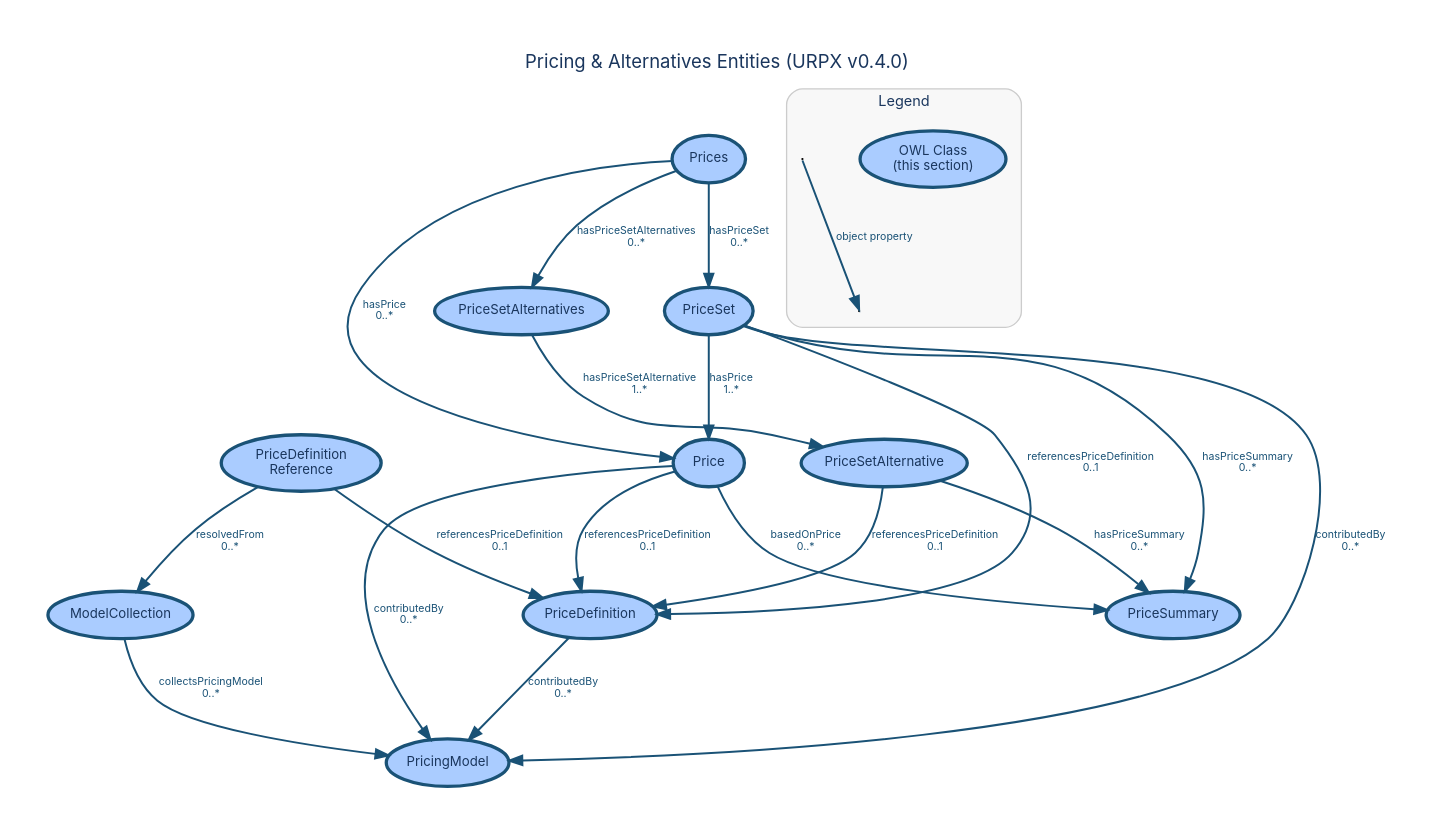
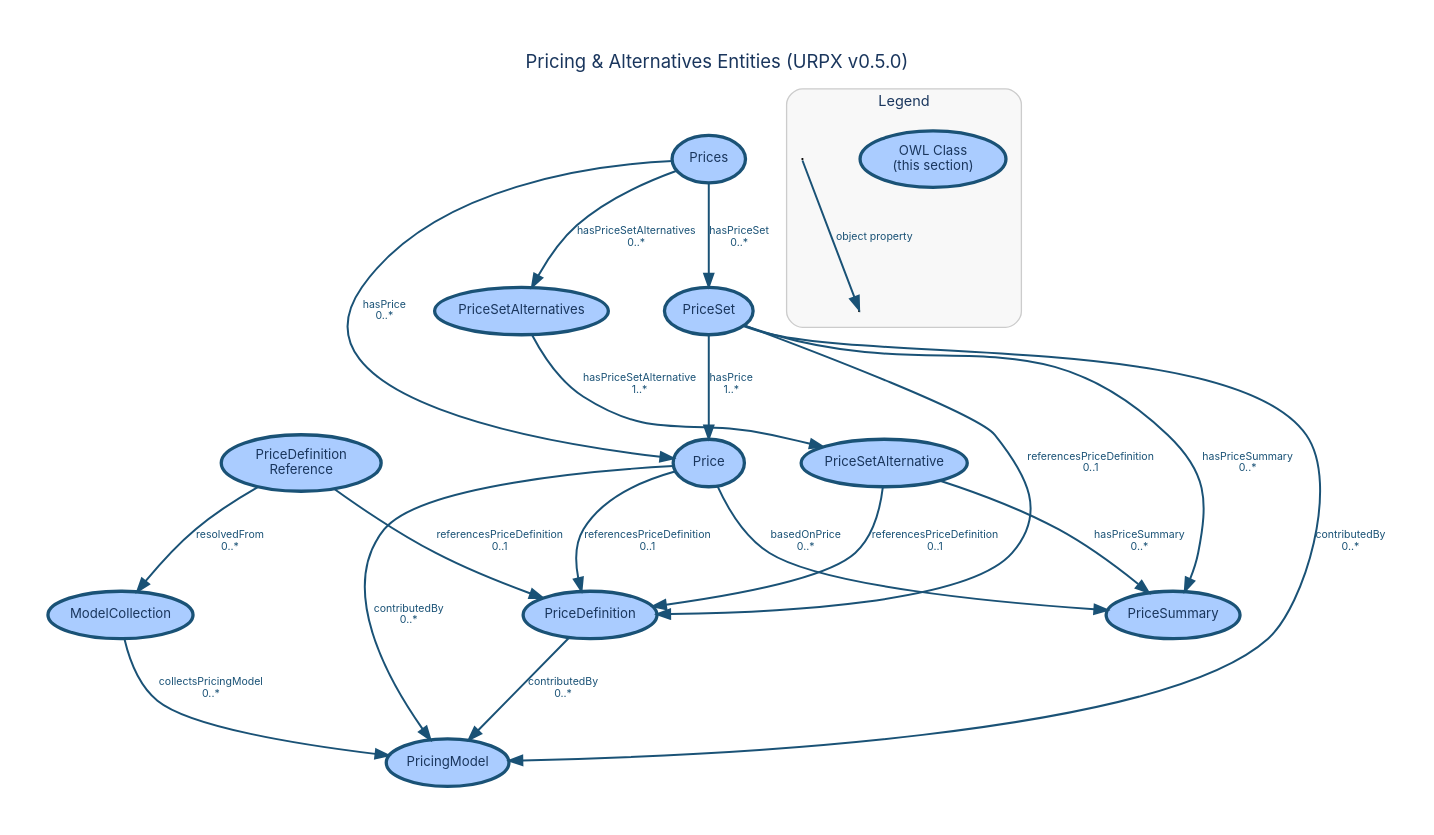
Before and after one commit to urpx-org/urpx: the diagram in documentation/diagrams/dictionary/pricing-alternatives-entities.dot, drawn with Graphviz. The commit also changed 28 other files, not shown here.

```diff
--- a/documentation/diagrams/dictionary/pricing-alternatives-entities.dot
+++ b/documentation/diagrams/dictionary/pricing-alternatives-entities.dot
@@ -1,131 +1,131 @@
 digraph "Pricing & Alternatives Entities" {
     rankdir=TB;
     bgcolor="white";
     pad=0.4;
     nodesep=0.6;
     ranksep=0.8;
     fontname="Inter, Helvetica, Arial, sans-serif";
-    label="Pricing & Alternatives Entities (URPX v0.4.0)";
+    label="Pricing & Alternatives Entities (URPX v0.5.0)";
     labelloc="t";
     fontsize=14;
     fontcolor="#1a365d";
     node [fontname="Inter, Helvetica, Arial, sans-serif", fontsize=10, style=filled, fontcolor="#1a365d"];
     edge [fontname="Inter, Helvetica, Arial, sans-serif", fontsize=8, fontcolor="#1a365d"];
 
     // Section classes
     PricingModel [
         label="PricingModel"
         shape=ellipse, fillcolor="#aaccff", color="#1a5276", penwidth=2.5
     ];
     ModelCollection [
         label="ModelCollection"
         shape=ellipse, fillcolor="#aaccff", color="#1a5276", penwidth=2.5
     ];
     Prices [
         label="Prices"
         shape=ellipse, fillcolor="#aaccff", color="#1a5276", penwidth=2.5
     ];
     PriceSet [
         label="PriceSet"
         shape=ellipse, fillcolor="#aaccff", color="#1a5276", penwidth=2.5
     ];
     PriceSetAlternative [
         label="PriceSetAlternative"
         shape=ellipse, fillcolor="#aaccff", color="#1a5276", penwidth=2.5
     ];
     PriceSetAlternatives [
         label="PriceSetAlternatives"
         shape=ellipse, fillcolor="#aaccff", color="#1a5276", penwidth=2.5
     ];
     Price [
         label="Price"
         shape=ellipse, fillcolor="#aaccff", color="#1a5276", penwidth=2.5
     ];
     PriceDefinition [
         label="PriceDefinition"
         shape=ellipse, fillcolor="#aaccff", color="#1a5276", penwidth=2.5
     ];
     PriceDefinitionReference [
         label="PriceDefinition\nReference"
         shape=ellipse, fillcolor="#aaccff", color="#1a5276", penwidth=2.5
     ];
     PriceSummary [
         label="PriceSummary"
         shape=ellipse, fillcolor="#aaccff", color="#1a5276", penwidth=2.5
     ];
 
     // Object property edges
     ModelCollection -> PricingModel [
         label="collectsPricingModel\n0..*", color="#1a5276", fontcolor="#1a5276", penwidth=1.5
     ];
     Prices -> Price [
         label="hasPrice\n0..*", color="#1a5276", fontcolor="#1a5276", penwidth=1.5
     ];
     Prices -> PriceSet [
         label="hasPriceSet\n0..*", color="#1a5276", fontcolor="#1a5276", penwidth=1.5, weight=10
     ];
     Prices -> PriceSetAlternatives [
         label="hasPriceSetAlternatives\n0..*", color="#1a5276", fontcolor="#1a5276", penwidth=1.5, weight=8
     ];
     PriceSet -> PricingModel [
         label="contributedBy\n0..*", color="#1a5276", fontcolor="#1a5276", penwidth=1.5
     ];
     PriceSet -> Price [
         label="hasPrice\n1..*", color="#1a5276", fontcolor="#1a5276", penwidth=1.5, weight=8
     ];
     PriceSet -> PriceSummary [
         label="hasPriceSummary\n0..*", color="#1a5276", fontcolor="#1a5276", penwidth=1.5
     ];
     PriceSet -> PriceDefinition [
         label="referencesPriceDefinition\n0..1", color="#1a5276", fontcolor="#1a5276", penwidth=1.5
     ];
     PriceSetAlternative -> PriceSummary [
         label="hasPriceSummary\n0..*", color="#1a5276", fontcolor="#1a5276", penwidth=1.5
     ];
     PriceSetAlternative -> PriceDefinition [
         label="referencesPriceDefinition\n0..1", color="#1a5276", fontcolor="#1a5276", penwidth=1.5
     ];
     PriceSetAlternatives -> PriceSetAlternative [
         label="hasPriceSetAlternative\n1..*", color="#1a5276", fontcolor="#1a5276", penwidth=1.5
     ];
     Price -> PriceSummary [
         label="basedOnPrice\n0..*", color="#1a5276", fontcolor="#1a5276", penwidth=1.5
     ];
     Price -> PricingModel [
         label="contributedBy\n0..*", color="#1a5276", fontcolor="#1a5276", penwidth=1.5
     ];
     Price -> PriceDefinition [
         label="referencesPriceDefinition\n0..1", color="#1a5276", fontcolor="#1a5276", penwidth=1.5
     ];
     PriceDefinition -> PricingModel [
         label="contributedBy\n0..*", color="#1a5276", fontcolor="#1a5276", penwidth=1.5
     ];
     PriceDefinitionReference -> PriceDefinition [
         label="referencesPriceDefinition\n0..1", color="#1a5276", fontcolor="#1a5276", penwidth=1.5
     ];
     PriceDefinitionReference -> ModelCollection [
         label="resolvedFrom\n0..*", color="#1a5276", fontcolor="#1a5276", penwidth=1.5
     ];
 
     // Layout-specified rank groups
     { rank=same; Prices; }
     { rank=same; PriceSet; PriceSetAlternatives; }
     { rank=same; PriceSetAlternative; Price; }
     { rank=same; PriceDefinition; PriceSummary; }
 
     subgraph cluster_legend {
         label="Legend";
         fontname="Inter, Helvetica, Arial, sans-serif";
         fontsize=11;
         fontcolor="#1a365d";
         style=rounded;
         color="#cccccc";
         bgcolor="#f8f8f8";
         margin=12;
 
         leg_class [label="OWL Class\n(this section)", shape=ellipse, fillcolor="#aaccff", color="#1a5276", penwidth=2.5];
         leg_src [label=" ", shape=point, width=0.01];
         leg_tgt1 [label=" ", shape=point, width=0.01];
         leg_src -> leg_tgt1 [label="object property", color="#1a5276", fontcolor="#1a5276", penwidth=1.5];
     }
 }
```
